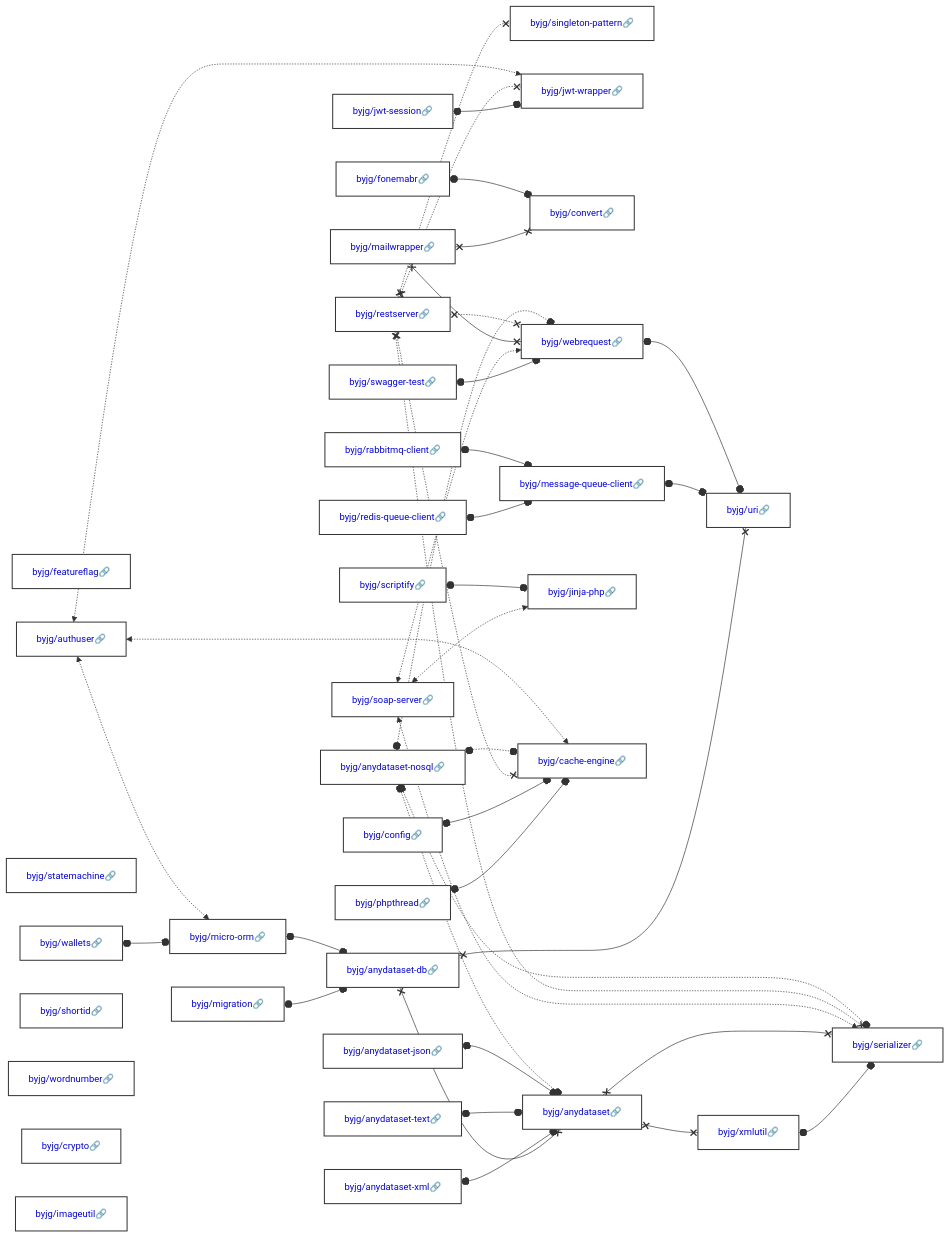
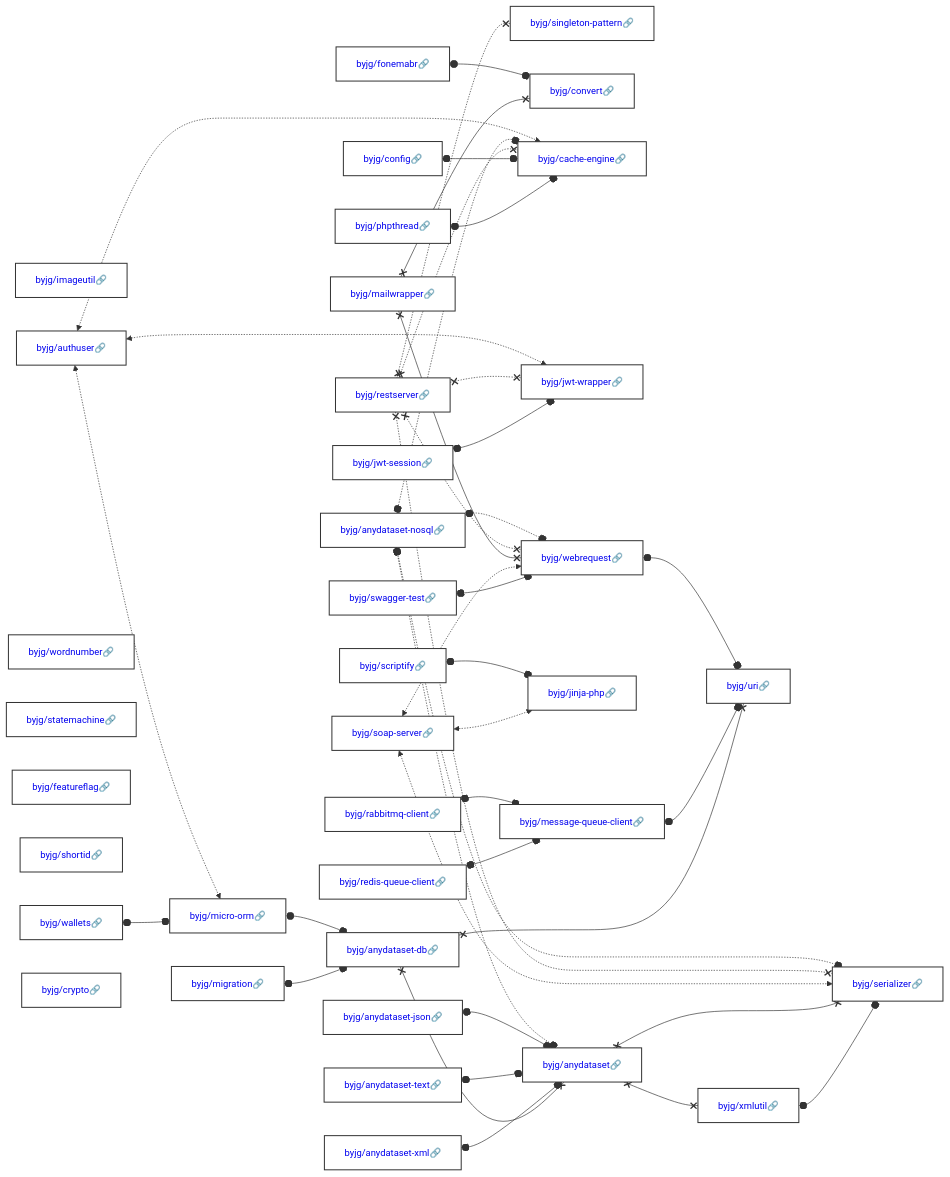
One commit to byjg/byjg.github.io changed the diagram in docs/php/README.md. Above: the diagram before and after it, drawn with Mermaid. The commit also changed other lines of this file, not shown here.

Commit message:
Update documentation 'php' 'php-rest-reference-architecture'

````diff
--- a/docs/php/README.md
+++ b/docs/php/README.md
@@ -3,37 +3,37 @@
 ```mermaid
 graph LR;
-  byjg/soap-server[<a href='https://opensource.byjg.com/docs/php/soap-server' style='text-decoration:none'>byjg/soap-server🔗</a>];
-  byjg/featureflag[<a href='https://opensource.byjg.com/docs/php/featureflag' style='text-decoration:none'>byjg/featureflag🔗</a>];
+  byjg/anydataset-text[<a href='https://opensource.byjg.com/docs/php/anydataset-text' style='text-decoration:none'>byjg/anydataset-text🔗</a>];
+  byjg/migration[<a href='https://opensource.byjg.com/docs/php/migration' style='text-decoration:none'>byjg/migration🔗</a>];
+  byjg/imageutil[<a href='https://opensource.byjg.com/docs/php/imageutil' style='text-decoration:none'>byjg/imageutil🔗</a>];
+  byjg/swagger-test[<a href='https://opensource.byjg.com/docs/php/swagger-test' style='text-decoration:none'>byjg/swagger-test🔗</a>];
+  byjg/redis-queue-client[<a href='https://opensource.byjg.com/docs/php/redis-queue-client' style='text-decoration:none'>byjg/redis-queue-client🔗</a>];
   byjg/restserver[<a href='https://opensource.byjg.com/docs/php/restserver' style='text-decoration:none'>byjg/restserver🔗</a>];
   byjg/authuser[<a href='https://opensource.byjg.com/docs/php/authuser' style='text-decoration:none'>byjg/authuser🔗</a>];
+  byjg/wordnumber[<a href='https://opensource.byjg.com/docs/php/wordnumber' style='text-decoration:none'>byjg/wordnumber🔗</a>];
+  byjg/anydataset-nosql[<a href='https://opensource.byjg.com/docs/php/anydataset-nosql' style='text-decoration:none'>byjg/anydataset-nosql🔗</a>];
+  byjg/anydataset-xml[<a href='https://opensource.byjg.com/docs/php/anydataset-xml' style='text-decoration:none'>byjg/anydataset-xml🔗</a>];
+  byjg/anydataset-json[<a href='https://opensource.byjg.com/docs/php/anydataset-json' style='text-decoration:none'>byjg/anydataset-json🔗</a>];
+  byjg/scriptify[<a href='https://opensource.byjg.com/docs/php/scriptify' style='text-decoration:none'>byjg/scriptify🔗</a>];
+  byjg/statemachine[<a href='https://opensource.byjg.com/docs/php/statemachine' style='text-decoration:none'>byjg/statemachine🔗</a>];
+  byjg/phpthread[<a href='https://opensource.byjg.com/docs/php/phpthread' style='text-decoration:none'>byjg/phpthread🔗</a>];
+  byjg/fonemabr[<a href='https://opensource.byjg.com/docs/php/fonemabr' style='text-decoration:none'>byjg/fonemabr🔗</a>];
+  byjg/mailwrapper[<a href='https://opensource.byjg.com/docs/php/mailwrapper' style='text-decoration:none'>byjg/mailwrapper🔗</a>];
+  byjg/featureflag[<a href='https://opensource.byjg.com/docs/php/featureflag' style='text-decoration:none'>byjg/featureflag🔗</a>];
+  byjg/shortid[<a href='https://opensource.byjg.com/docs/php/shortid' style='text-decoration:none'>byjg/shortid🔗</a>];
+  byjg/config[<a href='https://opensource.byjg.com/docs/php/config' style='text-decoration:none'>byjg/config🔗</a>];
   byjg/jwt-session[<a href='https://opensource.byjg.com/docs/php/jwt-session' style='text-decoration:none'>byjg/jwt-session🔗</a>];
-  byjg/fonemabr[<a href='https://opensource.byjg.com/docs/php/fonemabr' style='text-decoration:none'>byjg/fonemabr🔗</a>];
-  byjg/anydataset-text[<a href='https://opensource.byjg.com/docs/php/anydataset-text' style='text-decoration:none'>byjg/anydataset-text🔗</a>];
-  byjg/anydataset-json[<a href='https://opensource.byjg.com/docs/php/anydataset-json' style='text-decoration:none'>byjg/anydataset-json🔗</a>];
-  byjg/phpthread[<a href='https://opensource.byjg.com/docs/php/phpthread' style='text-decoration:none'>byjg/phpthread🔗</a>];
-  byjg/anydataset-nosql[<a href='https://opensource.byjg.com/docs/php/anydataset-nosql' style='text-decoration:none'>byjg/anydataset-nosql🔗</a>];
-  byjg/mailwrapper[<a href='https://opensource.byjg.com/docs/php/mailwrapper' style='text-decoration:none'>byjg/mailwrapper🔗</a>];
-  byjg/anydataset-xml[<a href='https://opensource.byjg.com/docs/php/anydataset-xml' style='text-decoration:none'>byjg/anydataset-xml🔗</a>];
-  byjg/statemachine[<a href='https://opensource.byjg.com/docs/php/statemachine' style='text-decoration:none'>byjg/statemachine🔗</a>];
-  byjg/redis-queue-client[<a href='https://opensource.byjg.com/docs/php/redis-queue-client' style='text-decoration:none'>byjg/redis-queue-client🔗</a>];
   byjg/rabbitmq-client[<a href='https://opensource.byjg.com/docs/php/rabbitmq-client' style='text-decoration:none'>byjg/rabbitmq-client🔗</a>];
+  byjg/soap-server[<a href='https://opensource.byjg.com/docs/php/soap-server' style='text-decoration:none'>byjg/soap-server🔗</a>];
   byjg/wallets[<a href='https://opensource.byjg.com/docs/php/wallets' style='text-decoration:none'>byjg/wallets🔗</a>];
-  byjg/shortid[<a href='https://opensource.byjg.com/docs/php/shortid' style='text-decoration:none'>byjg/shortid🔗</a>];
-  byjg/wordnumber[<a href='https://opensource.byjg.com/docs/php/wordnumber' style='text-decoration:none'>byjg/wordnumber🔗</a>];
   byjg/crypto[<a href='https://opensource.byjg.com/docs/php/crypto' style='text-decoration:none'>byjg/crypto🔗</a>];
-  byjg/migration[<a href='https://opensource.byjg.com/docs/php/migration' style='text-decoration:none'>byjg/migration🔗</a>];
-  byjg/swagger-test[<a href='https://opensource.byjg.com/docs/php/swagger-test' style='text-decoration:none'>byjg/swagger-test🔗</a>];
-  byjg/imageutil[<a href='https://opensource.byjg.com/docs/php/imageutil' style='text-decoration:none'>byjg/imageutil🔗</a>];
-  byjg/scriptify[<a href='https://opensource.byjg.com/docs/php/scriptify' style='text-decoration:none'>byjg/scriptify🔗</a>];
-  byjg/config[<a href='https://opensource.byjg.com/docs/php/config' style='text-decoration:none'>byjg/config🔗</a>];
   byjg/singleton-pattern[<a href='https://opensource.byjg.com/docs/php/singleton-pattern' style='text-decoration:none'>byjg/singleton-pattern🔗</a>];
+  byjg/convert[<a href='https://opensource.byjg.com/docs/php/convert' style='text-decoration:none'>byjg/convert🔗</a>];
+  byjg/cache-engine[<a href='https://opensource.byjg.com/docs/php/cache-engine' style='text-decoration:none'>byjg/cache-engine🔗</a>];
   byjg/jwt-wrapper[<a href='https://opensource.byjg.com/docs/php/jwt-wrapper' style='text-decoration:none'>byjg/jwt-wrapper🔗</a>];
-  byjg/convert[<a href='https://opensource.byjg.com/docs/php/convert' style='text-decoration:none'>byjg/convert🔗</a>];
   byjg/message-queue-client[<a href='https://opensource.byjg.com/docs/php/message-queue-client' style='text-decoration:none'>byjg/message-queue-client🔗</a>];
+  byjg/jinja-php[<a href='https://opensource.byjg.com/docs/php/jinja-php' style='text-decoration:none'>byjg/jinja-php🔗</a>];
+  byjg/webrequest[<a href='https://opensource.byjg.com/docs/php/webrequest' style='text-decoration:none'>byjg/webrequest🔗</a>];
   byjg/micro-orm[<a href='https://opensource.byjg.com/docs/php/micro-orm' style='text-decoration:none'>byjg/micro-orm🔗</a>];
-  byjg/webrequest[<a href='https://opensource.byjg.com/docs/php/webrequest' style='text-decoration:none'>byjg/webrequest🔗</a>];
-  byjg/jinja-php[<a href='https://opensource.byjg.com/docs/php/jinja-php' style='text-decoration:none'>byjg/jinja-php🔗</a>];
-  byjg/cache-engine[<a href='https://opensource.byjg.com/docs/php/cache-engine' style='text-decoration:none'>byjg/cache-engine🔗</a>];
   byjg/anydataset-db[<a href='https://opensource.byjg.com/docs/php/anydataset-db' style='text-decoration:none'>byjg/anydataset-db🔗</a>];
   byjg/anydataset[<a href='https://opensource.byjg.com/docs/php/anydataset' style='text-decoration:none'>byjg/anydataset🔗</a>];
   byjg/uri[<a href='https://opensource.byjg.com/docs/php/uri' style='text-decoration:none'>byjg/uri🔗</a>];
````
